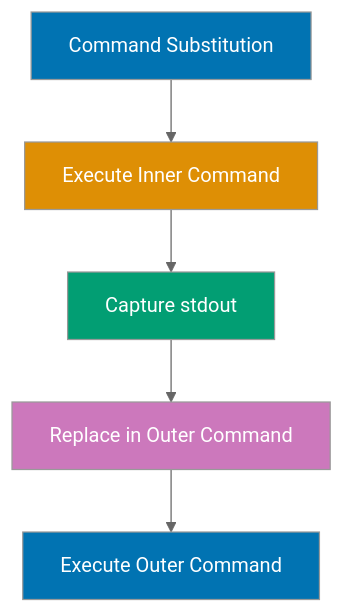
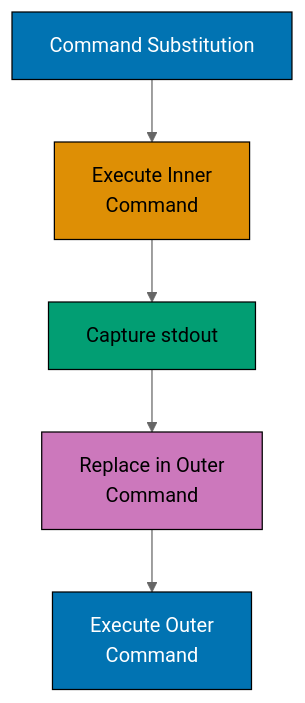
One commit to wahidyankf/ose-public changed the eighth of 15 diagrams in apps/ayokoding-www/content/en/learn/legacy/software-engineering/platforms/linux/tools/shell/by-example/beginner.md. Above: the diagram before and after it, drawn with Mermaid (neutral theme). The commit also changed other lines of this file and 130 other files, not shown here.

First line of the commit message:
fix(mermaid): bring the legacy platforms diagrams onto the accessible palette

````diff
--- a/apps/ayokoding-www/content/en/learn/legacy/software-engineering/platforms/linux/tools/shell/by-example/beginner.md
+++ b/apps/ayokoding-www/content/en/learn/legacy/software-engineering/platforms/linux/tools/shell/by-example/beginner.md
@@ -931,14 +981,21 @@
 ```mermaid
 %% Command substitution flow
 graph TD
-    A[Command Substitution] --> B[Execute Inner Command]
+    accTitle: Example 14: Command Substitution and Subshells
+    accDescr: Graph with 5 nodes and 4 connections. Nodes: Command Substitution, Execute Inner Command, Capture stdout, Replace in Outer Command, Execute Outer Command. Connections: Command Substitution to Execute Inner Command, Execute Inner Command to Capture stdout, Capture stdout to Replace in Outer Command, Replace in Outer Command to Execute Outer Command.
+    A[Command Substitution] --> B[Execute Inner<br/>Command]
     B --> C[Capture stdout]
-    C --> D[Replace in Outer Command]
-    D --> E[Execute Outer Command]
+    C --> D[Replace in Outer<br/>Command]
+    D --> E[Execute Outer<br/>Command]
 
-    style A fill:#0173B2,color:#fff
-    style B fill:#DE8F05,color:#fff
-    style C fill:#029E73,color:#fff
-    style D fill:#CC78BC,color:#fff
-    style E fill:#0173B2,color:#fff
+    classDef pal-0173B2 fill:#0173B2,stroke:#000000,color:#FFFFFF
+    class A pal-0173B2
+    classDef pal-DE8F05 fill:#DE8F05,stroke:#000000,color:#000000
+    class B pal-DE8F05
+    classDef pal-029E73 fill:#029E73,stroke:#000000,color:#000000
+    class C pal-029E73
+    classDef pal-CC78BC fill:#CC78BC,stroke:#000000,color:#000000
+    class D pal-CC78BC
+    class E pal-0173B2
+    classDef default fill:#FFFFFF,stroke:#000000,color:#000000
 ```
````
